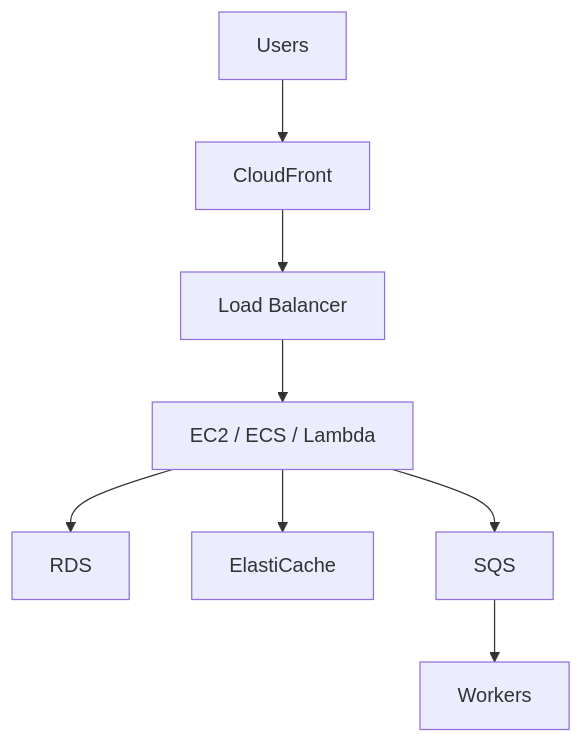
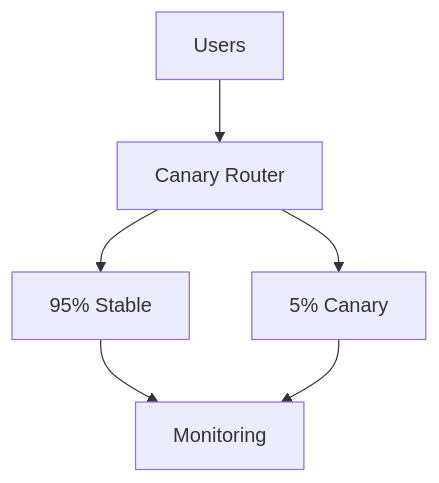
Diagram 16 of 26 in ARCHITECTURE.md (quesiblaq442-del/architecture-diagram), drawn with Mermaid before and after one commit. The commit also changed other lines of this file, not shown here.

Commit message:
Refresh the architecture document for a more polished, eye-catching overview

````diff
--- a/ARCHITECTURE.md
+++ b/ARCHITECTURE.md
@@ -489,10 +375,8 @@
 ```mermaid
 graph TB
-    Users["Users"] --> CF["CloudFront"]
-    CF --> ALB["Load Balancer"]
-    ALB --> App["EC2 / ECS / Lambda"]
-    App --> RDS["RDS"]
-    App --> Redis["ElastiCache"]
-    App --> SQS["SQS"]
-    SQS --> Worker["Workers"]
+    Users["Users"] --> Router["Canary Router"]
+    Router --> Stable["95% Stable"]
+    Router --> Canary["5% Canary"]
+    Stable --> Monitor["Monitoring"]
+    Canary --> Monitor
 ```
````
